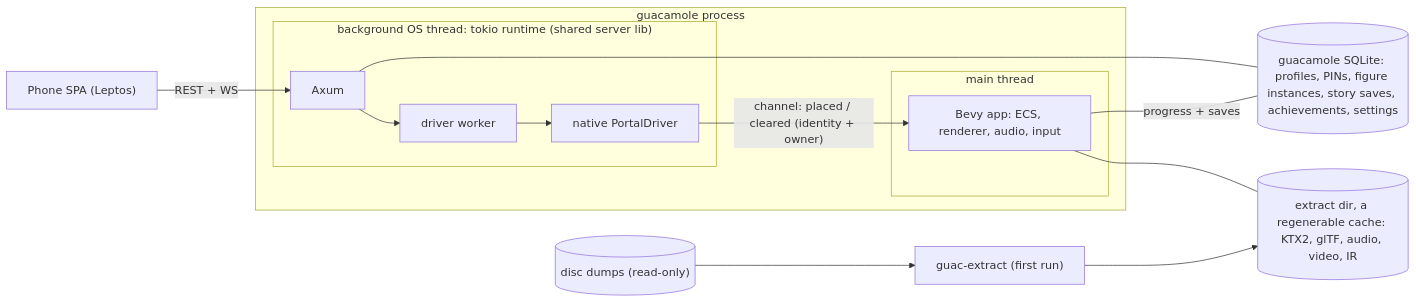
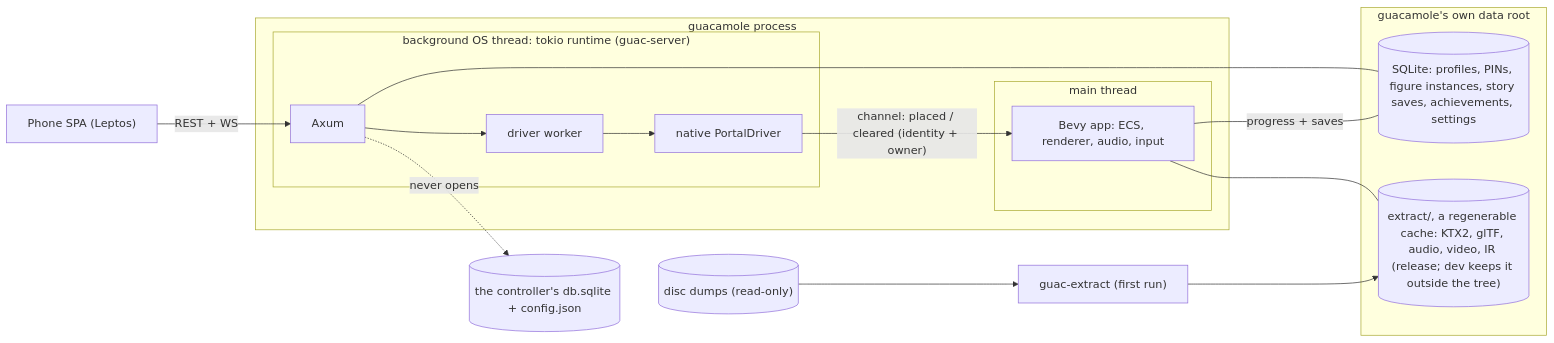
One commit to chotchki/skylander-portal-controller changed the diagram in docs/native/guacamole-design.md. Above: the diagram before and after it, drawn with Mermaid. The commit also changed other lines of this file and 15 other files, not shown here.

````diff
--- a/docs/native/guacamole-design.md
+++ b/docs/native/guacamole-design.md
@@ -163,21 +204,25 @@
 ```mermaid
 flowchart LR
   phone["Phone SPA (Leptos)"] -- "REST + WS" --> axum
   subgraph g["guacamole process"]
-    subgraph bg["background OS thread: tokio runtime (shared server lib)"]
+    subgraph bg["background OS thread: tokio runtime (guac-server)"]
       axum["Axum"] --> worker["driver worker"]
       worker --> native["native PortalDriver"]
     end
     subgraph mt["main thread"]
       bevy["Bevy app: ECS, renderer, audio, input"]
     end
     native -- "channel: placed / cleared (identity + owner)" --> bevy
   end
-  db[("guacamole SQLite: profiles, PINs, figure instances, story saves, achievements, settings")]
-  extract[("extract dir, a regenerable cache: KTX2, glTF, audio, video, IR")]
+  subgraph root["guacamole's own data root"]
+    db[("SQLite: profiles, PINs, figure instances, story saves, achievements, settings")]
+    extract[("extract/, a regenerable cache: KTX2, glTF, audio, video, IR (release; dev keeps it outside the tree)")]
+  end
+  ctrl[("the controller's db.sqlite + config.json")]
   dumps[("disc dumps (read-only)")]
   axum --- db
+  axum -.->|"never opens"| ctrl
   bevy -- "progress + saves" --- db
   bevy --- extract
   dumps --> gx["guac-extract (first run)"] --> extract
 ```
````
